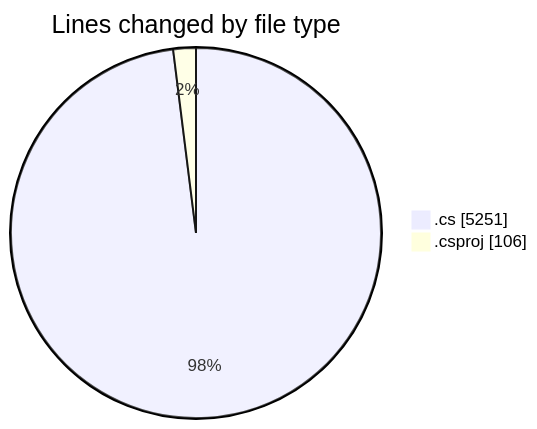
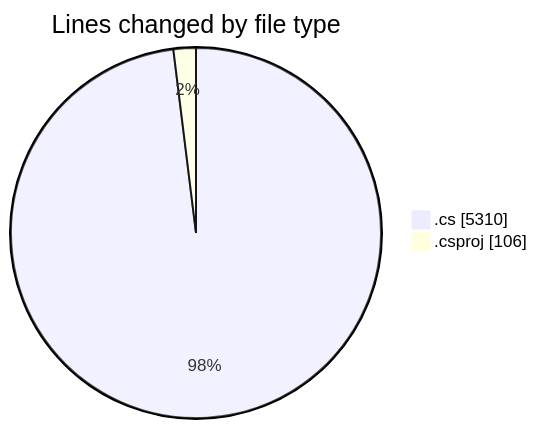
Before and after one commit to Netris89/code-tracking: the first of 2 diagrams in 2025-04-02/back-end/README.md, drawn with Mermaid. The commit also changed other lines of this file and 1 other file, not shown here.

````diff
--- a/2025-04-02/back-end/README.md
+++ b/2025-04-02/back-end/README.md
@@ -36,6 +37,6 @@
 ```mermaid
 pie showData
 title Lines changed by file type
-".cs" : 5251
+".cs" : 5310
 ".csproj" : 106
 ```
````
